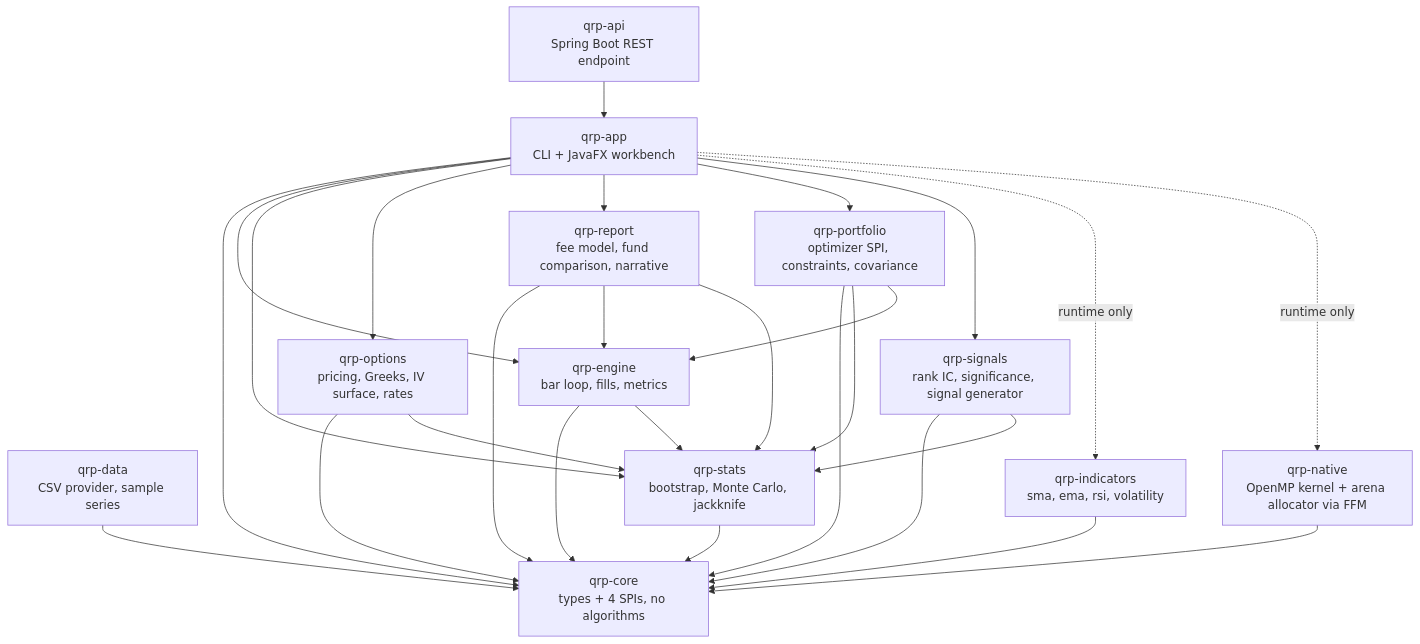
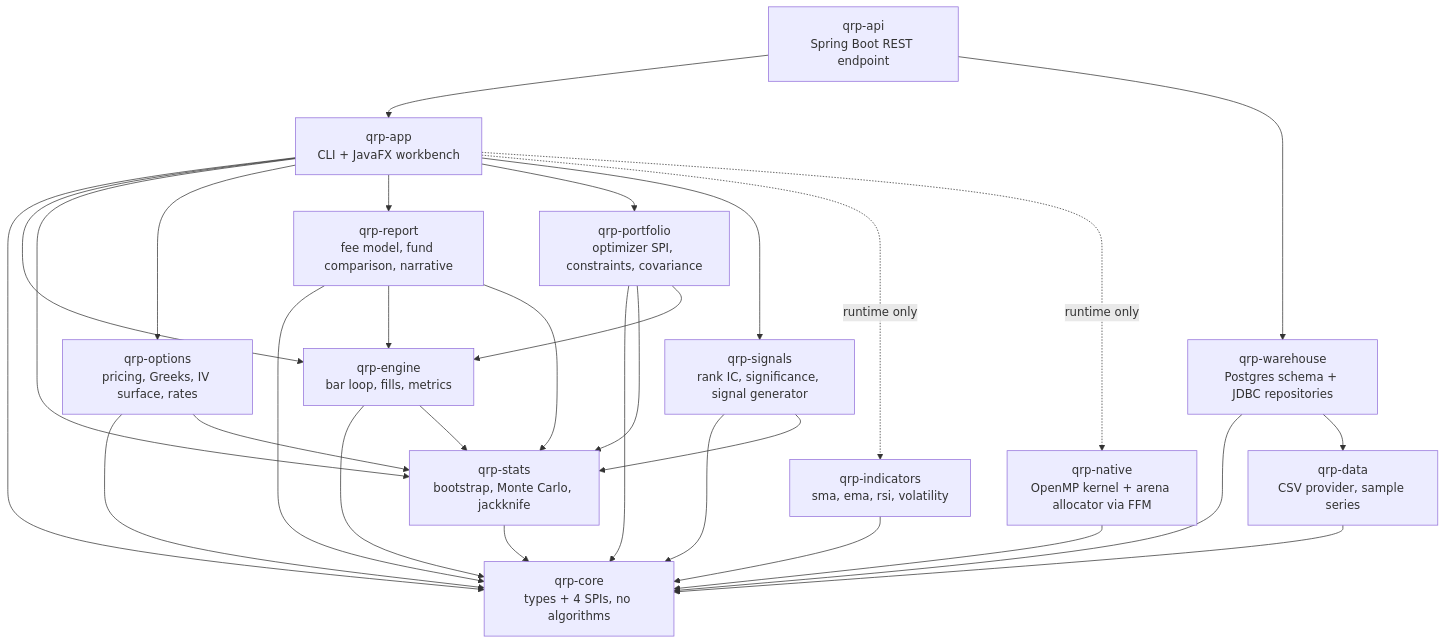
One commit to williamhuang1261/quant-research-platform changed the diagram in README.md. Above: the diagram before and after it, drawn with Mermaid. The commit also changed other lines of this file and 49 other files, not shown here.

````diff
--- a/README.md
+++ b/README.md
@@ -494,42 +572,46 @@
 ```mermaid
 graph TD
     core["qrp-core<br/>types + 4 SPIs, no algorithms"]
     data["qrp-data<br/>CSV provider, sample series"]
     ind["qrp-indicators<br/>sma, ema, rsi, volatility"]
     stats["qrp-stats<br/>bootstrap, Monte Carlo, jackknife"]
     engine["qrp-engine<br/>bar loop, fills, metrics"]
     options["qrp-options<br/>pricing, Greeks, IV surface, rates"]
     report["qrp-report<br/>fee model, fund comparison, narrative"]
     portfolio["qrp-portfolio<br/>optimizer SPI, constraints, covariance"]
     signals["qrp-signals<br/>rank IC, significance, signal generator"]
     native["qrp-native<br/>OpenMP kernel + arena allocator via FFM"]
     app["qrp-app<br/>CLI + JavaFX workbench"]
+    warehouse["qrp-warehouse<br/>Postgres schema + JDBC repositories"]
     api["qrp-api<br/>Spring Boot REST endpoint"]
 
     data --> core
     ind --> core
     stats --> core
     engine --> core
     engine --> stats
     options --> core
     options --> stats
     report --> core
     report --> engine
     report --> stats
     portfolio --> core
     portfolio --> stats
     portfolio --> engine
     signals --> core
     signals --> stats
     native --> core
     app --> core
     app --> engine
     app --> stats
     app --> options
     app --> report
     app --> portfolio
     app --> signals
     app -. runtime only .-> ind
     app -. runtime only .-> native
+    warehouse --> core
+    warehouse --> data
     api --> app
+    api --> warehouse
 ```
````
